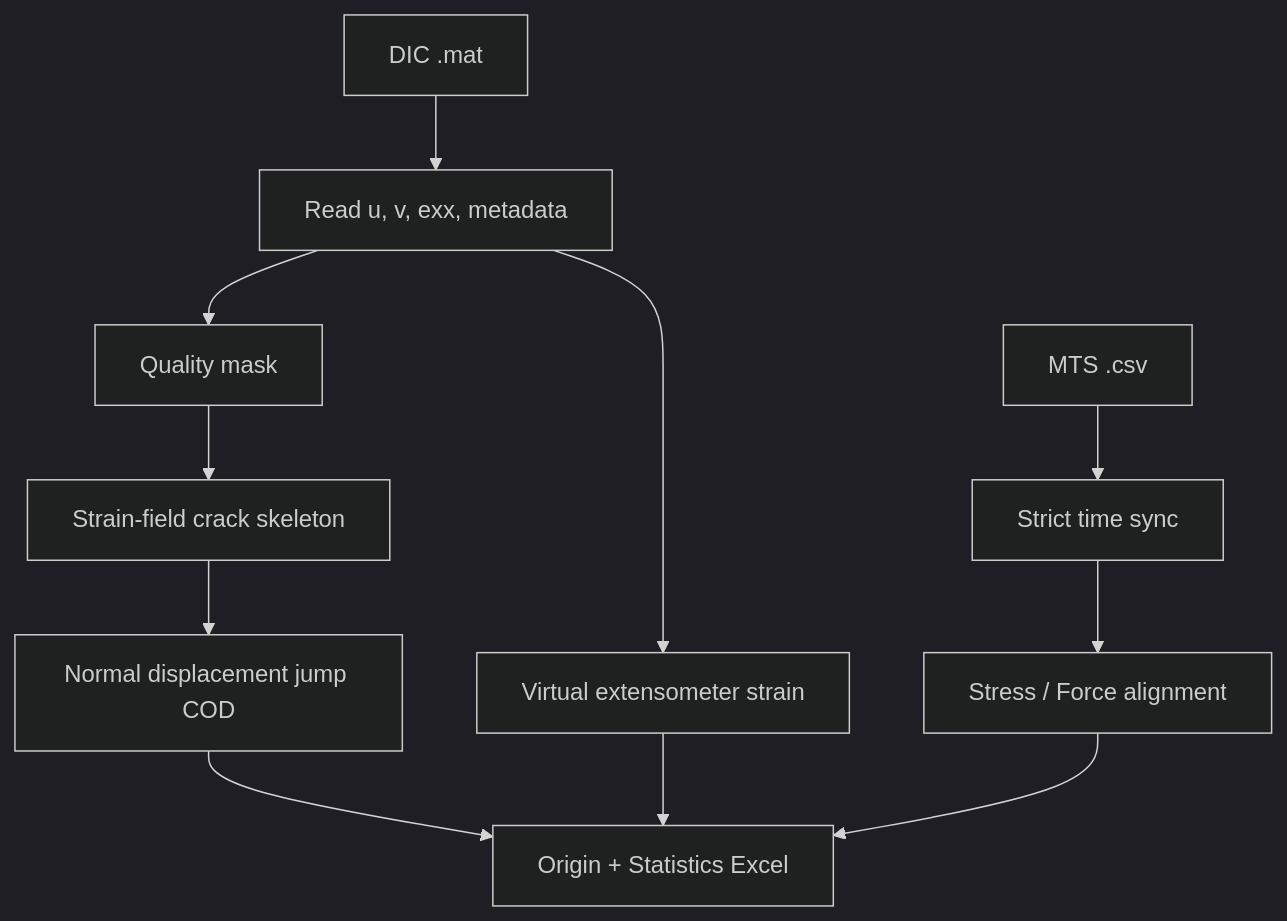
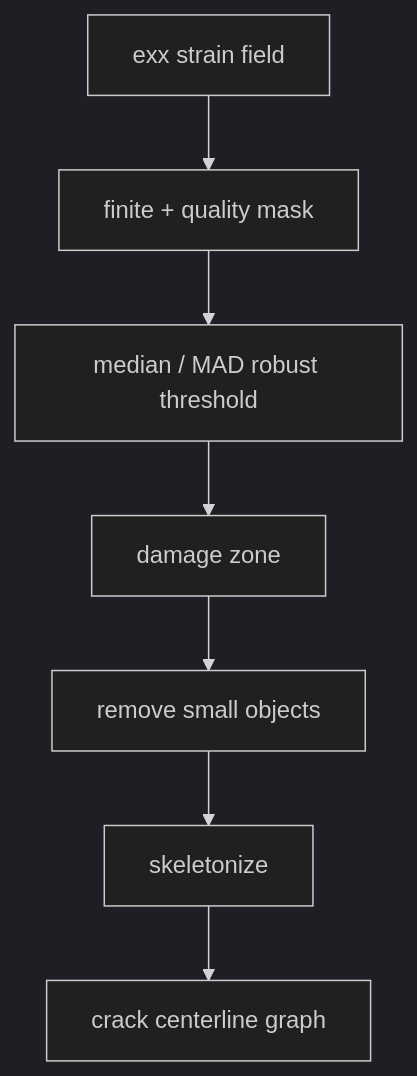
Before and after one commit to liqinglq666/CrackVision-DIC: the second of 4 diagrams in README.md, drawn with Mermaid (dark theme). The commit also changed other lines of this file and 1 other file, not shown here.

````diff
--- a/README.md
+++ b/README.md
@@ -39,13 +132,9 @@
 ```mermaid
 flowchart TD
-    A["DIC .mat"] --> B["Read u, v, exx, metadata"]
-    C["MTS .csv"] --> D["Strict time sync"]
-    B --> E["Quality mask"]
-    E --> F["Strain-field crack skeleton"]
-    F --> G["Normal displacement jump COD"]
-    B --> H["Virtual extensometer strain"]
-    D --> I["Stress / Force alignment"]
-    G --> J["Origin + Statistics Excel"]
-    H --> J
-    I --> J
+    A["exx strain field"] --> B["finite + quality mask"]
+    B --> C["median / MAD robust threshold"]
+    C --> D["damage zone"]
+    D --> E["remove small objects"]
+    E --> F["skeletonize"]
+    F --> G["crack centerline graph"]
 ```
````
